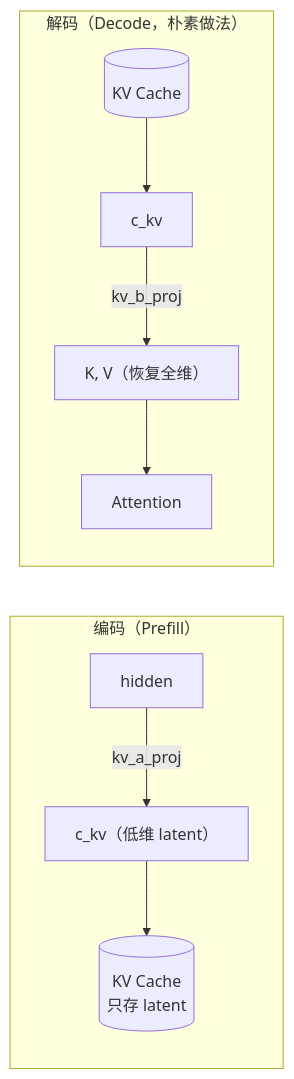
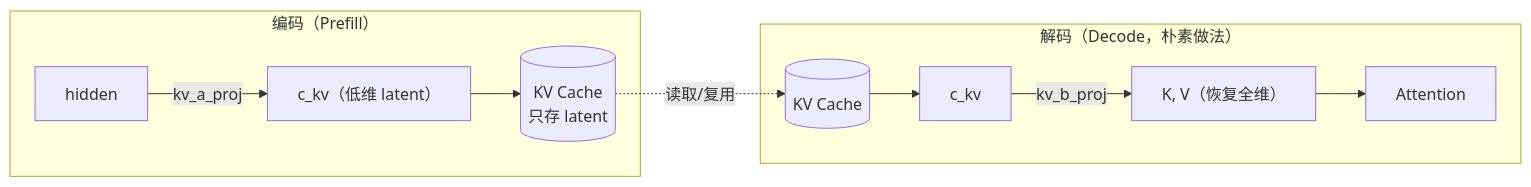
Before and after one commit to arganzheng/arganzheng.github.com: the eighth of 27 diagrams in _posts/2026-08-15-deep-dive-into-vllm.md, drawn with Mermaid. The commit also changed other lines of this file, not shown here.

````diff
--- a/_posts/2026-08-15-deep-dive-into-vllm.md
+++ b/_posts/2026-08-15-deep-dive-into-vllm.md
@@ -886,9 +878,12 @@
 ```mermaid
 graph LR
     subgraph E["编码（Prefill）"]
         H[hidden] -->|kv_a_proj| C["c_kv（低维 latent）"] --> KV[("KV Cache<br/>只存 latent")]
     end
     subgraph D["解码（Decode，朴素做法）"]
         KV2[("KV Cache")] --> C2[c_kv] -->|kv_b_proj| KVF["K, V（恢复全维）"] --> AT[Attention]
     end
+    
+    %% 关键：表达 KV Cache 的传递，完美解决排版问题
+    KV -.->|读取/复用| KV2
 ```
````
